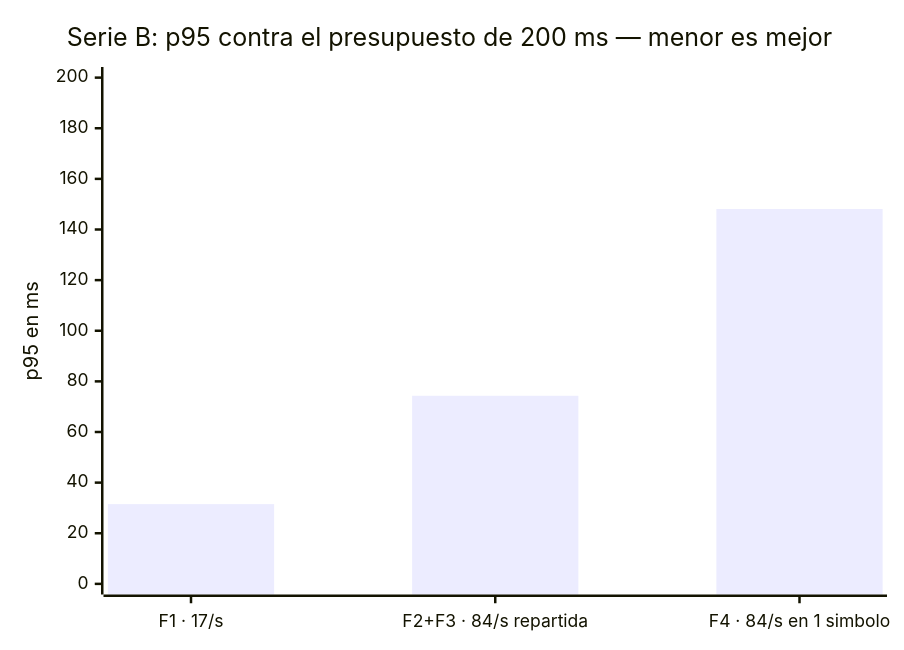
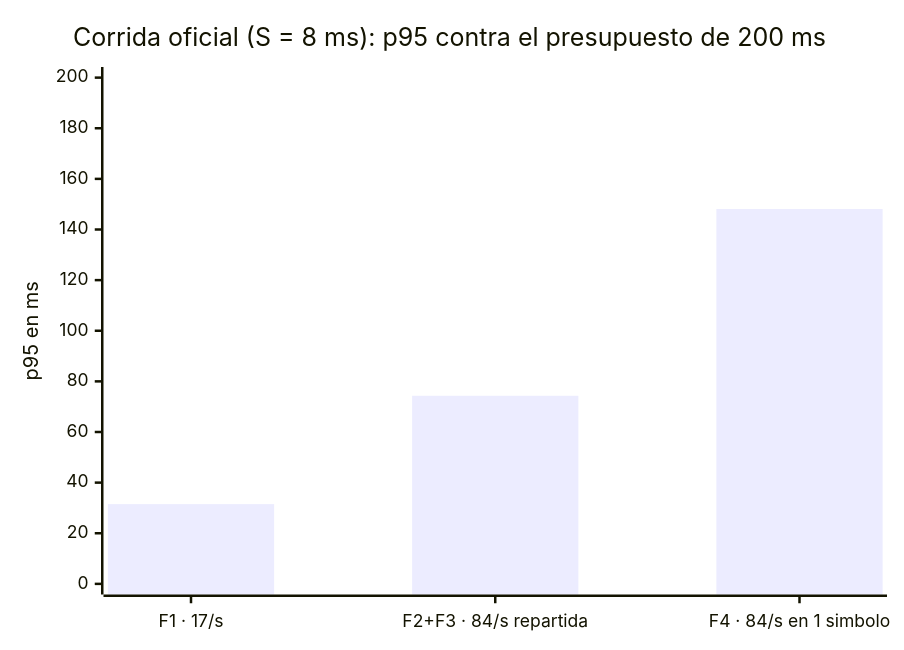
The eighth of 9 diagrams in docs/experimento-e01.md (MATI-MBIT/arqsoft-reto-1), drawn with Mermaid before and after one commit. The commit also changed other lines of this file and 2 other files, not shown here.

````diff
--- a/docs/experimento-e01.md
+++ b/docs/experimento-e01.md
@@ -235,7 +205,7 @@
 ```mermaid
 xychart-beta
-    title "Serie B: p95 contra el presupuesto de 200 ms — menor es mejor"
+    title "Corrida oficial (S = 8 ms): p95 contra el presupuesto de 200 ms"
     x-axis ["F1 · 17/s", "F2+F3 · 84/s repartida", "F4 · 84/s en 1 simbolo"]
     y-axis "p95 en ms" 0 --> 200
     bar [31.51, 74.32, 148.09]
 ```
````
